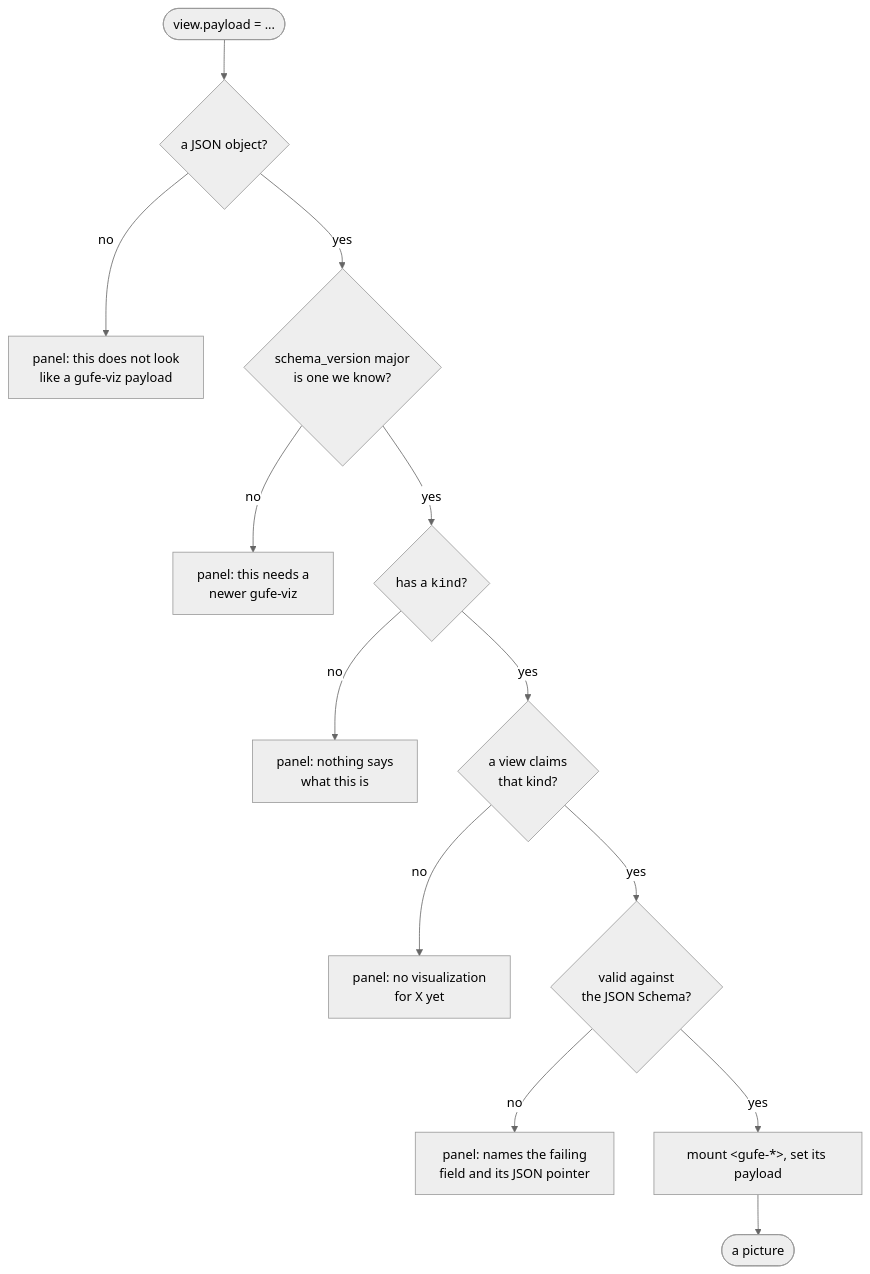
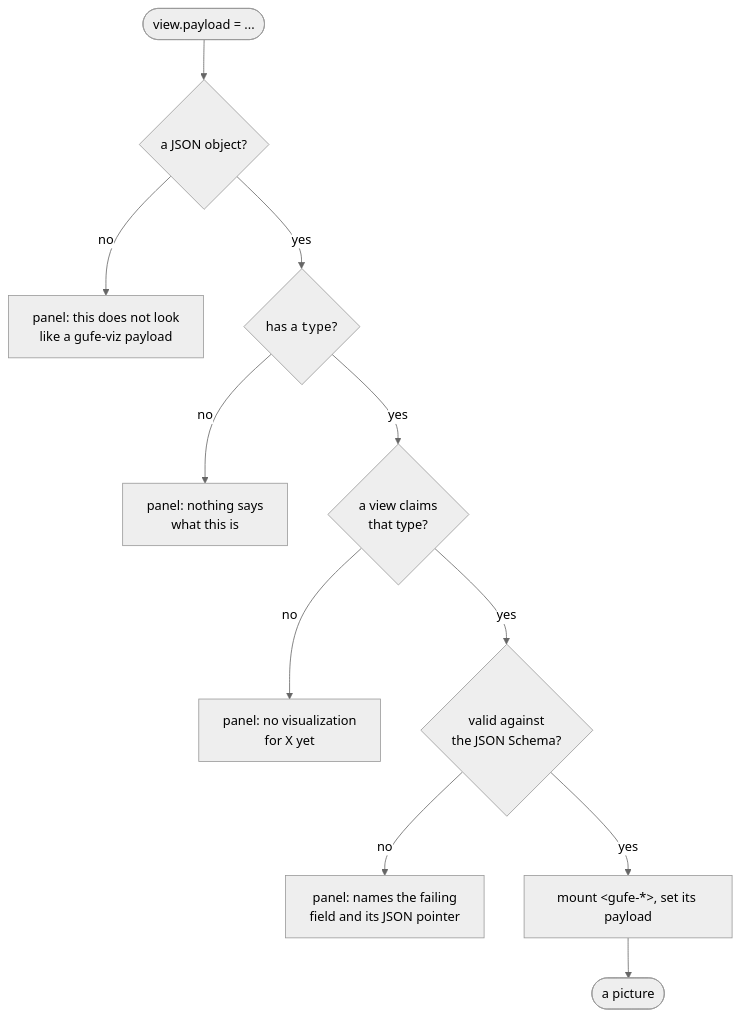
Before and after one commit to omsf-eco-infra/gufe-viz: the second of 3 diagrams in README.md, drawn with Mermaid (neutral theme). The commit also changed other lines of this file and 63 other files, not shown here.

````diff
--- a/README.md
+++ b/README.md
@@ -224,15 +232,13 @@
 ```mermaid
 flowchart TD
   arrive(["view.payload = ..."]) --> isobj{"a JSON object?"}
   isobj -->|no| p1["panel: this does not look<br/>like a gufe-viz payload"]
-  isobj -->|yes| ver{"schema_version major<br/>is one we know?"}
-  ver -->|no| p2["panel: this needs a<br/>newer gufe-viz"]
-  ver -->|yes| haskind{"has a <code>kind</code>?"}
-  haskind -->|no| p3["panel: nothing says<br/>what this is"]
-  haskind -->|yes| hasview{"a view claims<br/>that kind?"}
+  isobj -->|yes| hastype{"has a <code>type</code>?"}
+  hastype -->|no| p3["panel: nothing says<br/>what this is"]
+  hastype -->|yes| hasview{"a view claims<br/>that type?"}
   hasview -->|no| p4["panel: no visualization<br/>for X yet"]
   hasview -->|yes| valid{"valid against<br/>the JSON Schema?"}
   valid -->|no| p5["panel: names the failing<br/>field and its JSON pointer"]
   valid -->|yes| mount["mount &lt;gufe-*&gt;, set its payload"]
   mount --> draw(["a picture"])
 ```
````
